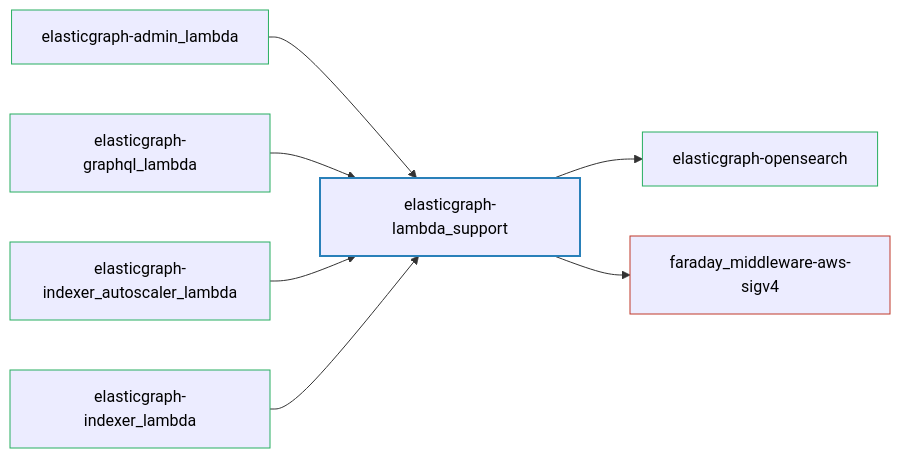
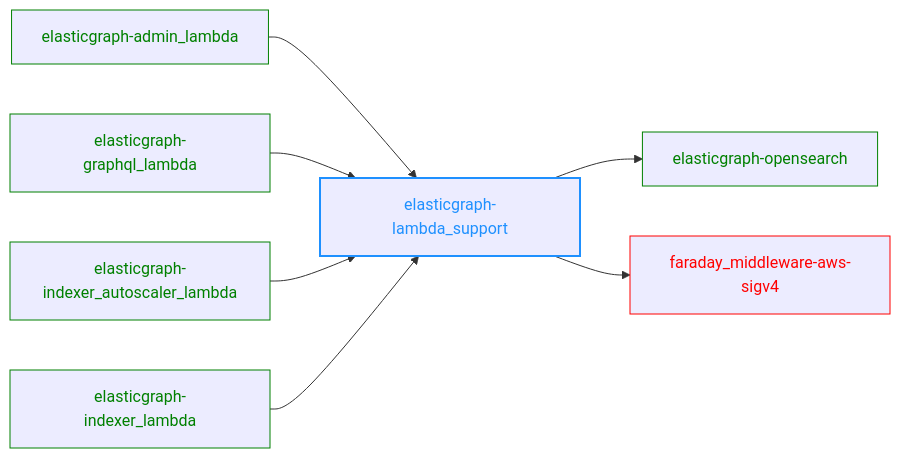
One commit to block/elasticgraph changed the diagram in elasticgraph-lambda_support/README.md. Above: the diagram before and after it, drawn with Mermaid. The commit also changed 23 other files, not shown here.

````diff
--- a/elasticgraph-lambda_support/README.md
+++ b/elasticgraph-lambda_support/README.md
@@ -10,23 +10,24 @@
 ```mermaid
 graph LR;
     elasticgraph-lambda_support["elasticgraph-lambda_support"];
     elasticgraph-opensearch["elasticgraph-opensearch"];
     elasticgraph-lambda_support --> elasticgraph-opensearch;
     faraday_middleware-aws-sigv4["faraday_middleware-aws-sigv4"];
     elasticgraph-lambda_support --> faraday_middleware-aws-sigv4;
     elasticgraph-admin_lambda["elasticgraph-admin_lambda"];
     elasticgraph-admin_lambda --> elasticgraph-lambda_support;
     elasticgraph-graphql_lambda["elasticgraph-graphql_lambda"];
     elasticgraph-graphql_lambda --> elasticgraph-lambda_support;
     elasticgraph-indexer_autoscaler_lambda["elasticgraph-indexer_autoscaler_lambda"];
     elasticgraph-indexer_autoscaler_lambda --> elasticgraph-lambda_support;
     elasticgraph-indexer_lambda["elasticgraph-indexer_lambda"];
     elasticgraph-indexer_lambda --> elasticgraph-lambda_support;
-    style elasticgraph-lambda_support fill:#lightblue,stroke:#2980b9,stroke-width:2px,color:#000;
-    style elasticgraph-opensearch fill:#lightgreen,stroke:#27ae60,stroke-width:1px,color:#000;
-    style faraday_middleware-aws-sigv4 fill:#lightcoral,stroke:#c0392b,stroke-width:1px,color:#000;
-    style elasticgraph-admin_lambda fill:#lightgreen,stroke:#27ae60,stroke-width:1px,color:#000;
-    style elasticgraph-graphql_lambda fill:#lightgreen,stroke:#27ae60,stroke-width:1px,color:#000;
-    style elasticgraph-indexer_autoscaler_lambda fill:#lightgreen,stroke:#27ae60,stroke-width:1px,color:#000;
-    style elasticgraph-indexer_lambda fill:#lightgreen,stroke:#27ae60,stroke-width:1px,color:#000;
+    style elasticgraph-lambda_support color:DodgerBlue,stroke-width:2px,stroke:DodgerBlue;
+    style elasticgraph-opensearch color:Green,stroke:Green;
+    style faraday_middleware-aws-sigv4 color:Red,stroke:Red;
+    style elasticgraph-admin_lambda color:Green,stroke:Green;
+    style elasticgraph-graphql_lambda color:Green,stroke:Green;
+    style elasticgraph-indexer_autoscaler_lambda color:Green,stroke:Green;
+    style elasticgraph-indexer_lambda color:Green,stroke:Green;
+    click faraday_middleware-aws-sigv4 href "https://rubygems.org/gems/faraday_middleware-aws-sigv4" "Open on RubyGems.org" _blank;
 ```
````
